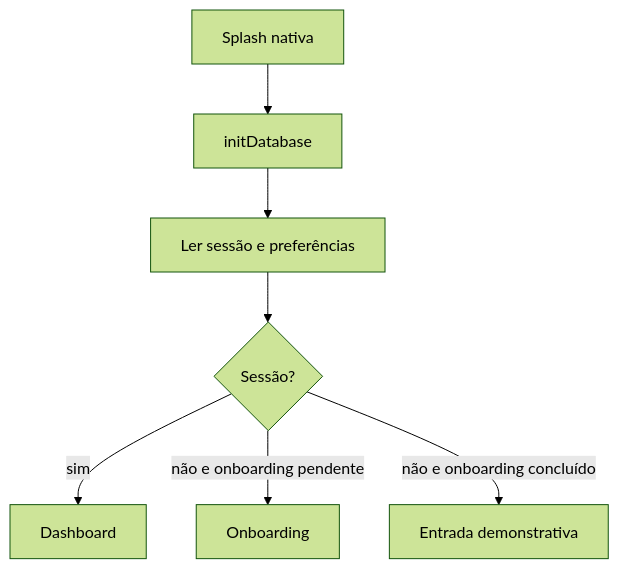
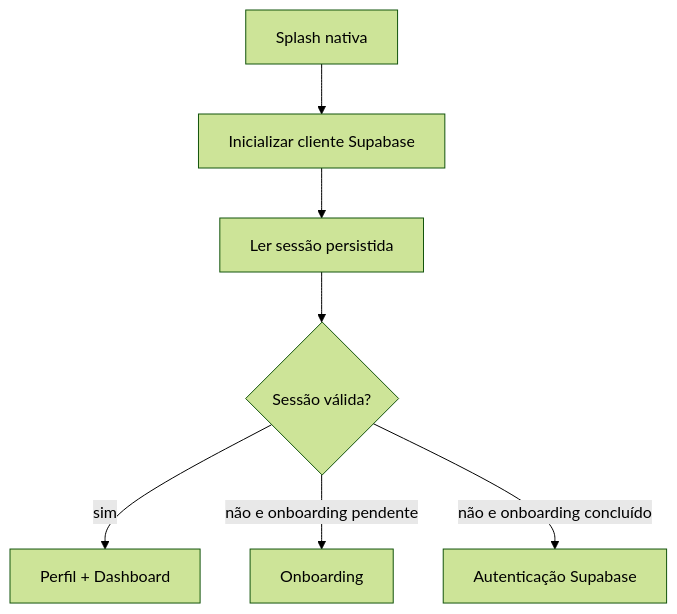
One commit to joaogangelo55/gestao-financeira-lembretes changed the first of 2 diagrams in docs/ARQUITETURA-DO-APLICATIVO.md. Above: the diagram before and after it, drawn with Mermaid (forest theme). The commit also changed other lines of this file and 23 other files, not shown here.

````diff
--- a/docs/ARQUITETURA-DO-APLICATIVO.md
+++ b/docs/ARQUITETURA-DO-APLICATIVO.md
@@ -12,9 +12,9 @@
 ```mermaid
 flowchart TD
-  A[Splash nativa] --> B[initDatabase]
-  B --> C[Ler sessão e preferências]
-  C --> D{Sessão?}
-  D -->|sim| E[Dashboard]
+  A[Splash nativa] --> B[Inicializar cliente Supabase]
+  B --> C[Ler sessão persistida]
+  C --> D{Sessão válida?}
+  D -->|sim| E[Perfil + Dashboard]
   D -->|não e onboarding pendente| F[Onboarding]
-  D -->|não e onboarding concluído| G[Entrada demonstrativa]
+  D -->|não e onboarding concluído| G[Autenticação Supabase]
 ```
````
